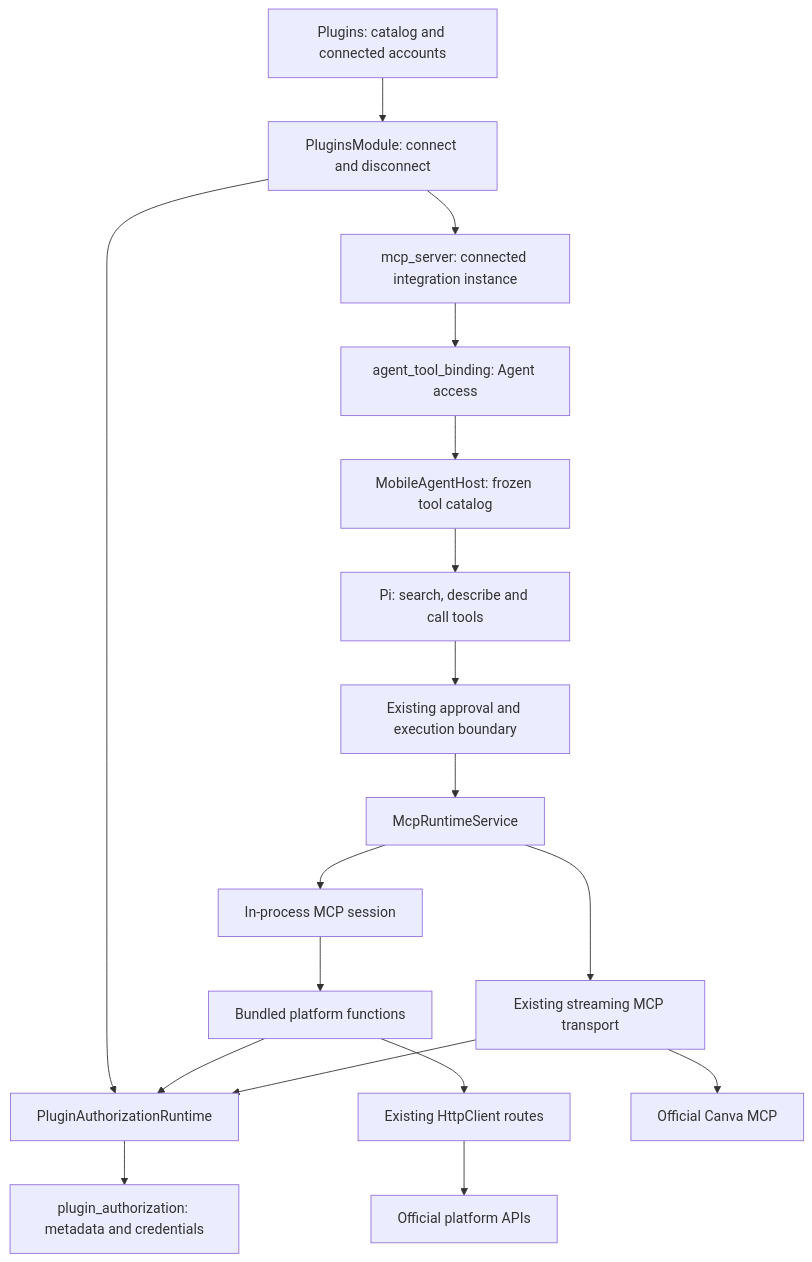
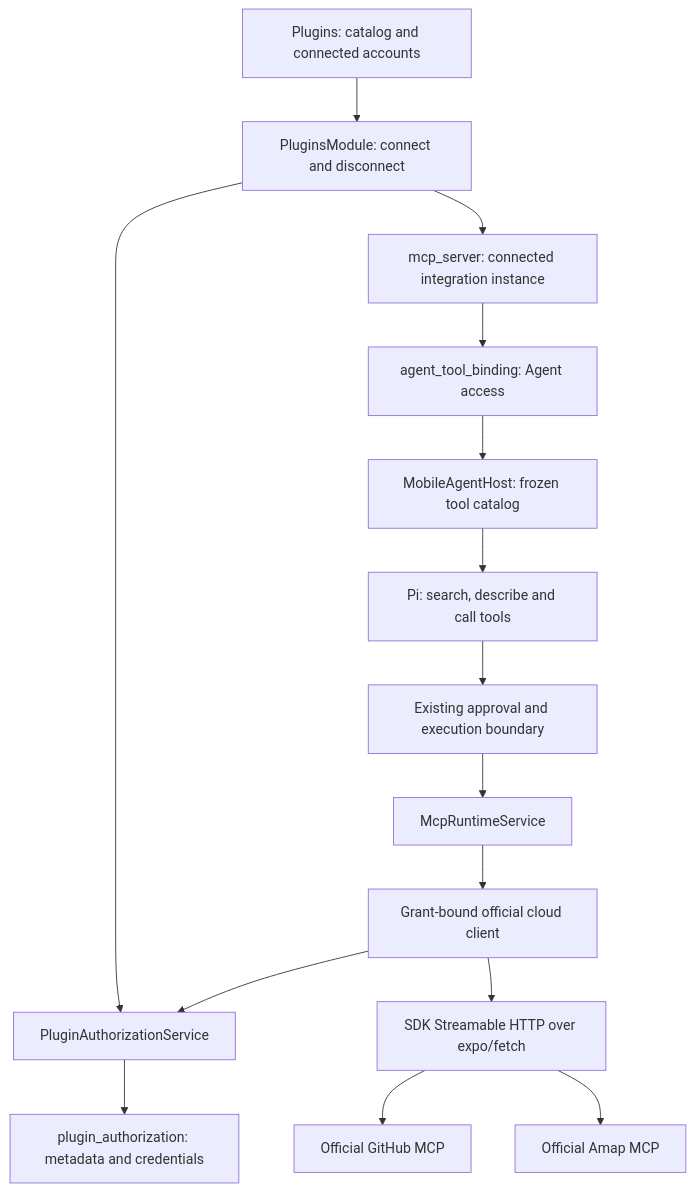
Before and after one commit to CherryHQ/cherry-studio-app: the diagram in docs/references/agent/built-in-mcp-design.md, drawn with Mermaid. The commit also changed other lines of this file and 21 other files, not shown here.

Commit message:
refactor(built-in-mcp): use official GitHub and Amap cloud tools

````diff
--- a/docs/references/agent/built-in-mcp-design.md
+++ b/docs/references/agent/built-in-mcp-design.md
@@ -98,20 +141,17 @@
 ```mermaid
 flowchart TD
   Settings["Plugins: catalog and connected accounts"] --> Workflow["PluginsModule: connect and disconnect"]
-  Workflow --> Auth["PluginAuthorizationRuntime"]
+  Workflow --> Auth["PluginAuthorizationService"]
   Auth --> AuthTable["plugin_authorization: metadata and credentials"]
   Workflow --> Server["mcp_server: connected integration instance"]
   Server --> Binding["agent_tool_binding: Agent access"]
   Binding --> Host["MobileAgentHost: frozen tool catalog"]
   Host --> Pi["Pi: search, describe and call tools"]
   Pi --> Approval["Existing approval and execution boundary"]
   Approval --> MCP["McpRuntimeService"]
-  MCP --> Local["In-process MCP session"]
-  Local --> Platform["Bundled platform functions"]
-  Platform --> Auth
-  Platform --> HTTP["Existing HttpClient routes"]
-  HTTP --> API["Official platform APIs"]
-  MCP --> Remote["Existing streaming MCP transport"]
-  Remote --> Canva["Official Canva MCP"]
-  Remote --> Auth
+  MCP --> Client["Grant-bound official cloud client"]
+  Client --> Auth
+  Client --> Remote["SDK Streamable HTTP over expo/fetch"]
+  Remote --> GitHub["Official GitHub MCP"]
+  Remote --> Amap["Official Amap MCP"]
 ```
````
